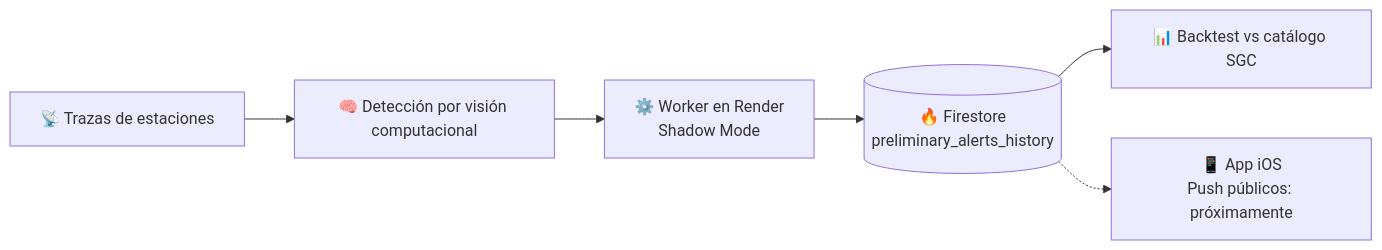
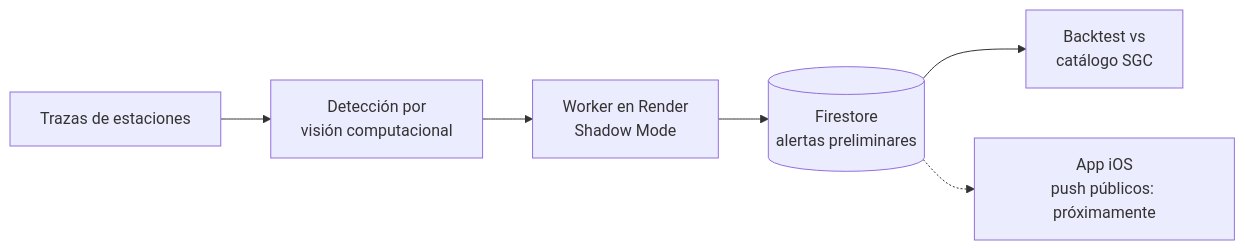
One commit to jeancarlo12/jeancarlo12 changed the diagram in README.md. Above: the diagram before and after it, drawn with Mermaid. The commit also changed other lines of this file, not shown here.

````diff
--- a/README.md
+++ b/README.md
@@ -35,8 +29,8 @@
 ```mermaid
 flowchart LR
-    A[📡 Trazas de estaciones] --> B[🧠 Detección por visión computacional]
-    B --> C[⚙️ Worker en Render<br/>Shadow Mode]
-    C --> D[(🔥 Firestore<br/>preliminary_alerts_history)]
-    D --> E[📊 Backtest vs catálogo SGC]
-    D -.-> F[📱 App iOS<br/>Push públicos: próximamente]
+    A[Trazas de estaciones] --> B[Detección por<br/>visión computacional]
+    B --> C[Worker en Render<br/>Shadow Mode]
+    C --> D[(Firestore<br/>alertas preliminares)]
+    D --> E[Backtest vs<br/>catálogo SGC]
+    D -.-> F[App iOS<br/>push públicos: próximamente]
 ```
````
